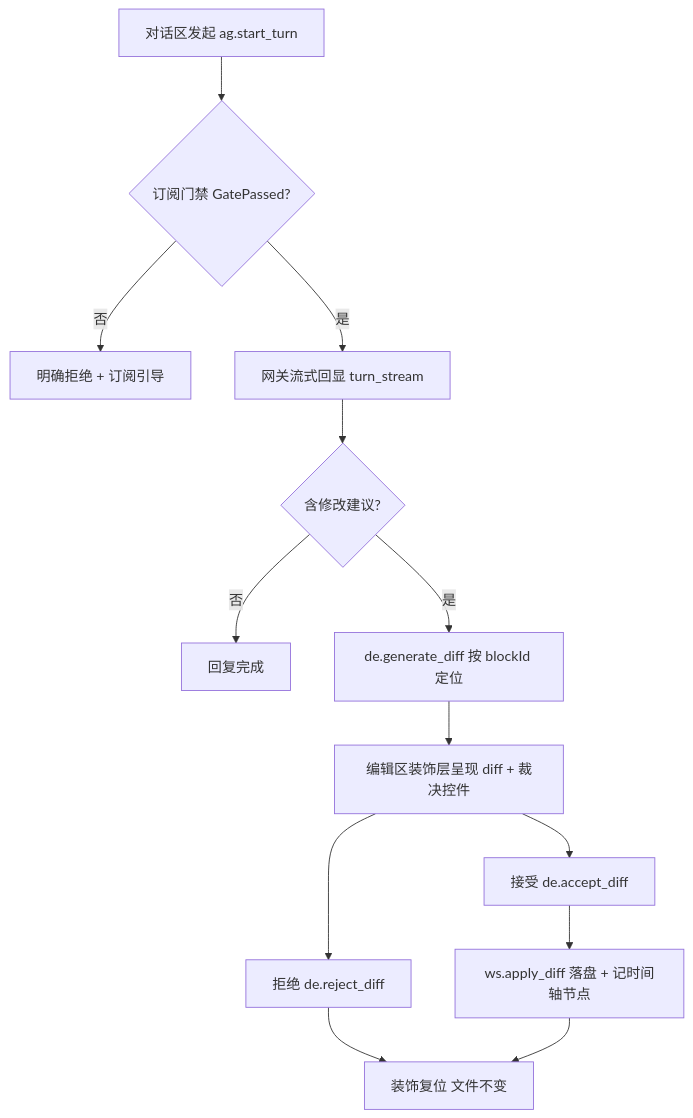
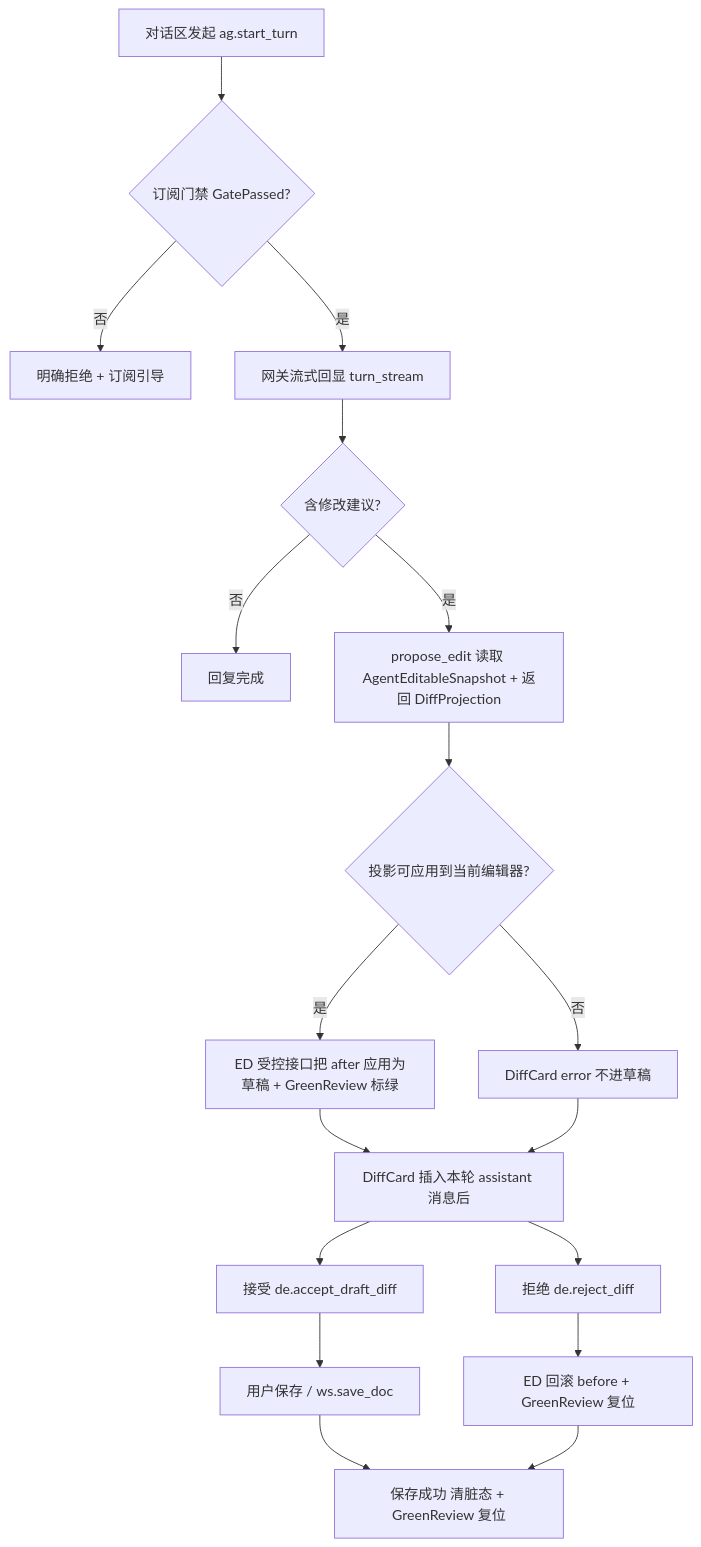
One commit to adu-chen/binder-desktop changed the third of 10 diagrams in docs/01_modules/SYS/A-SYS-C-T-02_前端交互架构与流程总图.md. Above: the diagram before and after it, drawn with Mermaid. The commit also changed other lines of this file and 142 other files, not shown here.

````diff
--- a/docs/01_modules/SYS/A-SYS-C-T-02_前端交互架构与流程总图.md
+++ b/docs/01_modules/SYS/A-SYS-C-T-02_前端交互架构与流程总图.md
@@ -150,15 +158,20 @@
 ```mermaid
 flowchart TD
   P[对话区发起 ag.start_turn] --> G{订阅门禁 GatePassed?}
   G -- 否 --> DN[明确拒绝 + 订阅引导]
   G -- 是 --> ST[网关流式回显 turn_stream]
   ST --> PR{含修改建议?}
   PR -- 否 --> EN[回复完成]
-  PR -- 是 --> GD[de.generate_diff 按 blockId 定位]
-  GD --> DEC[编辑区装饰层呈现 diff + 裁决控件]
-  DEC --> AC[接受 de.accept_diff]
+  PR -- 是 --> PJ[propose_edit 读取 AgentEditableSnapshot + 返回 DiffProjection]
+  PJ --> OK{投影可应用到当前编辑器?}
+  OK -- 是 --> DR[ED 受控接口把 after 应用为草稿 + GreenReview 标绿]
+  OK -- 否 --> ER[DiffCard error 不进草稿]
+  DR --> DEC[DiffCard 插入本轮 assistant 消息后]
+  ER --> DEC
+  DEC --> AC[接受 de.accept_draft_diff]
   DEC --> RJ[拒绝 de.reject_diff]
-  AC --> AP[ws.apply_diff 落盘 + 记时间轴节点]
-  RJ --> CL[装饰复位 文件不变]
-  AP --> CL
+  AC --> SV[用户保存 / ws.save_doc]
+  RJ --> RB[ED 回滚 before + GreenReview 复位]
+  SV --> CL[保存成功 清脏态 + GreenReview 复位]
+  RB --> CL
 ```
````
